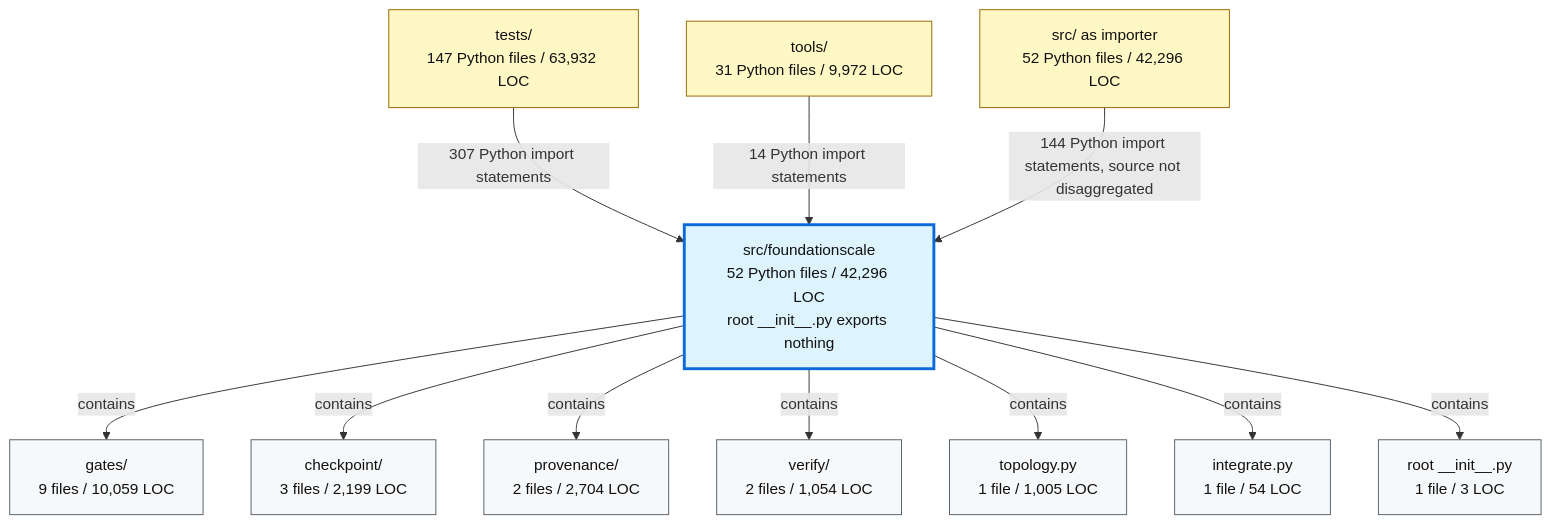
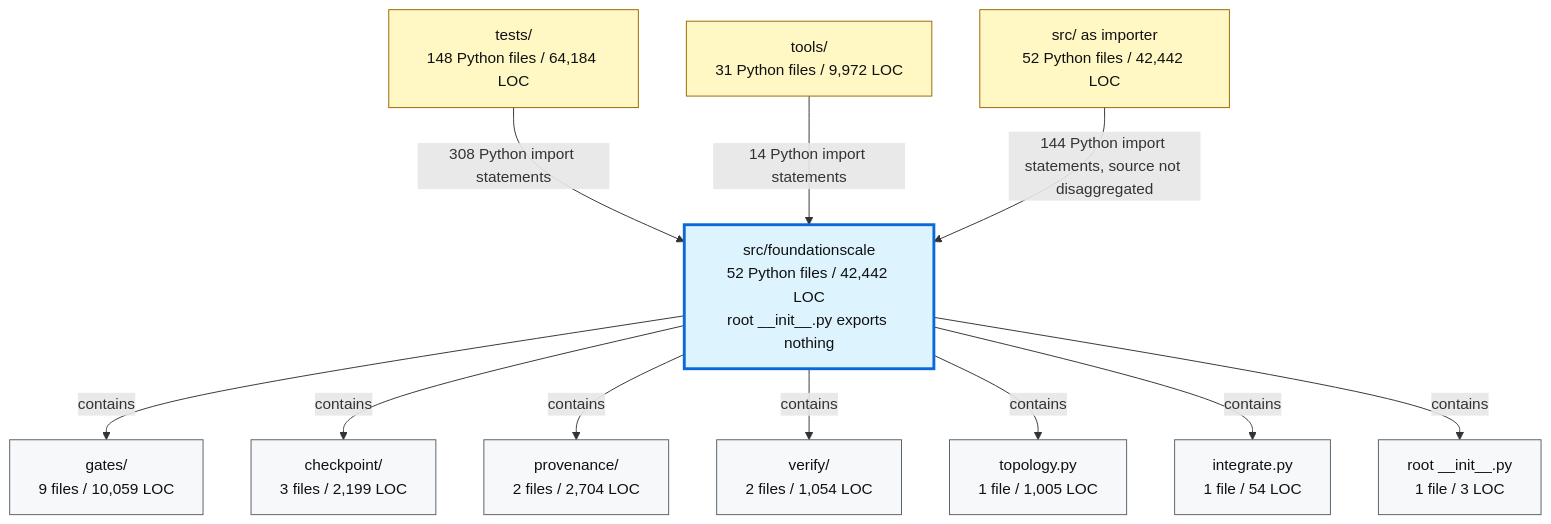
The second of 2 diagrams in docs/review/D2_current_architecture.md (TranNhiem/FoundationScale), drawn with Mermaid before and after one commit. The commit also changed other lines of this file and 16 other files, not shown here.

````diff
--- a/docs/review/D2_current_architecture.md
+++ b/docs/review/D2_current_architecture.md
@@ -97,36 +97,36 @@
 ```mermaid
 flowchart TB
-  TESTS["tests/<br/>147 Python files / 63,932 LOC"]
+  TESTS["tests/<br/>148 Python files / 64,184 LOC"]
   TOOLS["tools/<br/>31 Python files / 9,972 LOC"]
-  SRC["src/ as importer<br/>52 Python files / 42,296 LOC"]
+  SRC["src/ as importer<br/>52 Python files / 42,442 LOC"]
 
-  FS["src/foundationscale<br/>52 Python files / 42,296 LOC<br/>root __init__.py exports nothing"]
+  FS["src/foundationscale<br/>52 Python files / 42,442 LOC<br/>root __init__.py exports nothing"]
 
   GATES["gates/<br/>9 files / 10,059 LOC"]
   CKPT["checkpoint/<br/>3 files / 2,199 LOC"]
   PROV["provenance/<br/>2 files / 2,704 LOC"]
   VERIFY["verify/<br/>2 files / 1,054 LOC"]
   TOPO["topology.py<br/>1 file / 1,005 LOC"]
   INTEG["integrate.py<br/>1 file / 54 LOC"]
   ROOT["root __init__.py<br/>1 file / 3 LOC"]
 
-  TESTS -->|"307 Python import statements"| FS
+  TESTS -->|"308 Python import statements"| FS
   TOOLS -->|"14 Python import statements"| FS
   SRC -->|"144 Python import statements, source not disaggregated"| FS
 
   FS -->|"contains"| GATES
   FS -->|"contains"| CKPT
   FS -->|"contains"| PROV
   FS -->|"contains"| VERIFY
   FS -->|"contains"| TOPO
   FS -->|"contains"| INTEG
   FS -->|"contains"| ROOT
 
   classDef consumer fill:#fff8c5,stroke:#9a6700,color:#111;
   classDef package fill:#ddf4ff,stroke:#0969da,stroke-width:3px,color:#111;
   classDef module fill:#f6f8fa,stroke:#57606a,color:#111;
 
   class TESTS,TOOLS,SRC consumer;
   class FS package;
   class GATES,CKPT,PROV,VERIFY,TOPO,INTEG,ROOT module;
 ```
````
